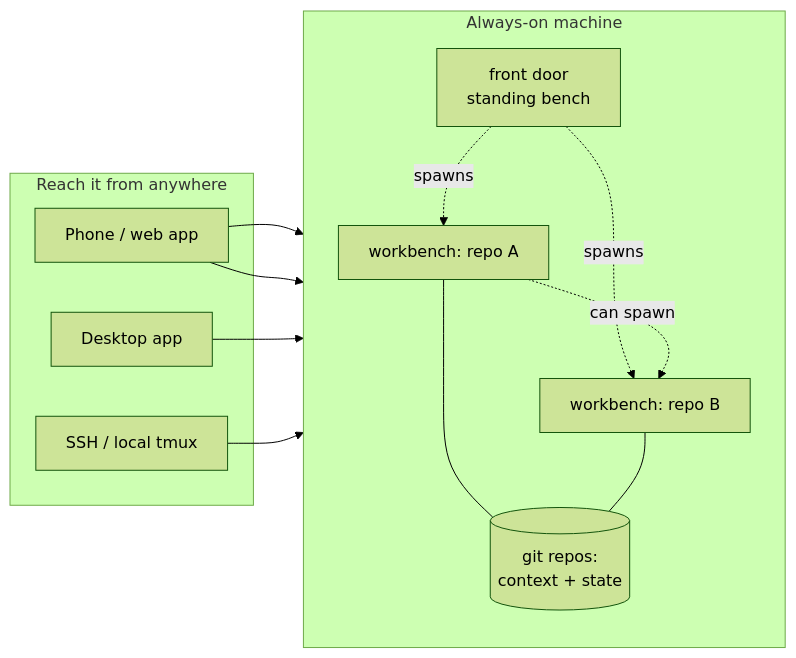
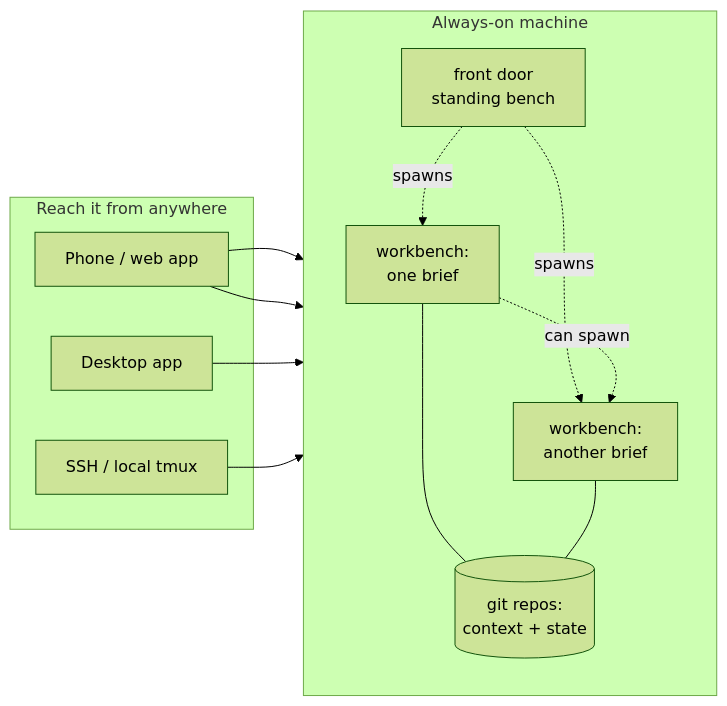
One commit to skyblue-will/claude-code-workbenches changed the diagram in WIRING.md. Above: the diagram before and after it, drawn with Mermaid (forest theme). The commit also changed other lines of this file and 1 other file, not shown here.

````diff
--- a/WIRING.md
+++ b/WIRING.md
@@ -29,26 +28,28 @@
 ```mermaid
 flowchart LR
     subgraph reach [Reach it from anywhere]
         P[Phone / web app]
         D[Desktop app]
         S[SSH / local tmux]
     end
     subgraph vm [Always-on machine]
         direction TB
         F[front door
         standing bench]
-        W1[workbench: repo A]
-        W2[workbench: repo B]
+        W1[workbench:
+        one brief]
+        W2[workbench:
+        another brief]
         L[(git repos:
         context + state)]
         F -. spawns .-> W1
         F -. spawns .-> W2
         W1 -. can spawn .-> W2
         W1 --- L
         W2 --- L
     end
     P --> F
     P --> W1
     D --> W2
     S --> W1
 ```
````
